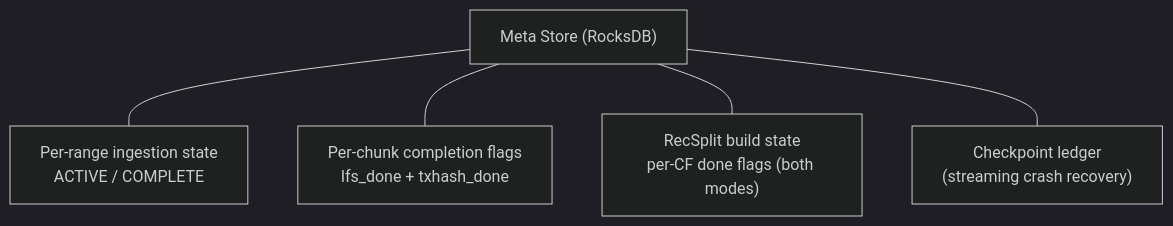
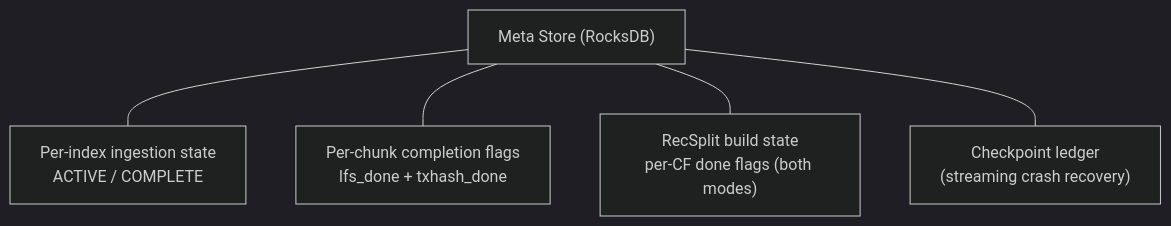
One commit to stellar/stellar-rpc changed the fourth of 12 diagrams in full-history/design-docs/01-architecture-overview.md. Above: the diagram before and after it, drawn with Mermaid (dark theme). The commit also changed other lines of this file, not shown here.

Commit message:
docs: 01-architecture-overview — range→index sweep

````diff
--- a/full-history/design-docs/01-architecture-overview.md
+++ b/full-history/design-docs/01-architecture-overview.md
@@ -69,8 +71,8 @@
 ```mermaid
 flowchart TD
     META["Meta Store (RocksDB)"]
-    META --- RANGE["Per-range ingestion state<br/>ACTIVE / COMPLETE"]
+    META --- RANGE["Per-index ingestion state<br/>ACTIVE / COMPLETE"]
     META --- CHUNK["Per-chunk completion flags<br/>lfs_done + txhash_done"]
     META --- RS["RecSplit build state<br/>per-CF done flags (both modes)"]
     META --- CP["Checkpoint ledger<br/>(streaming crash recovery)"]
 ```
````
